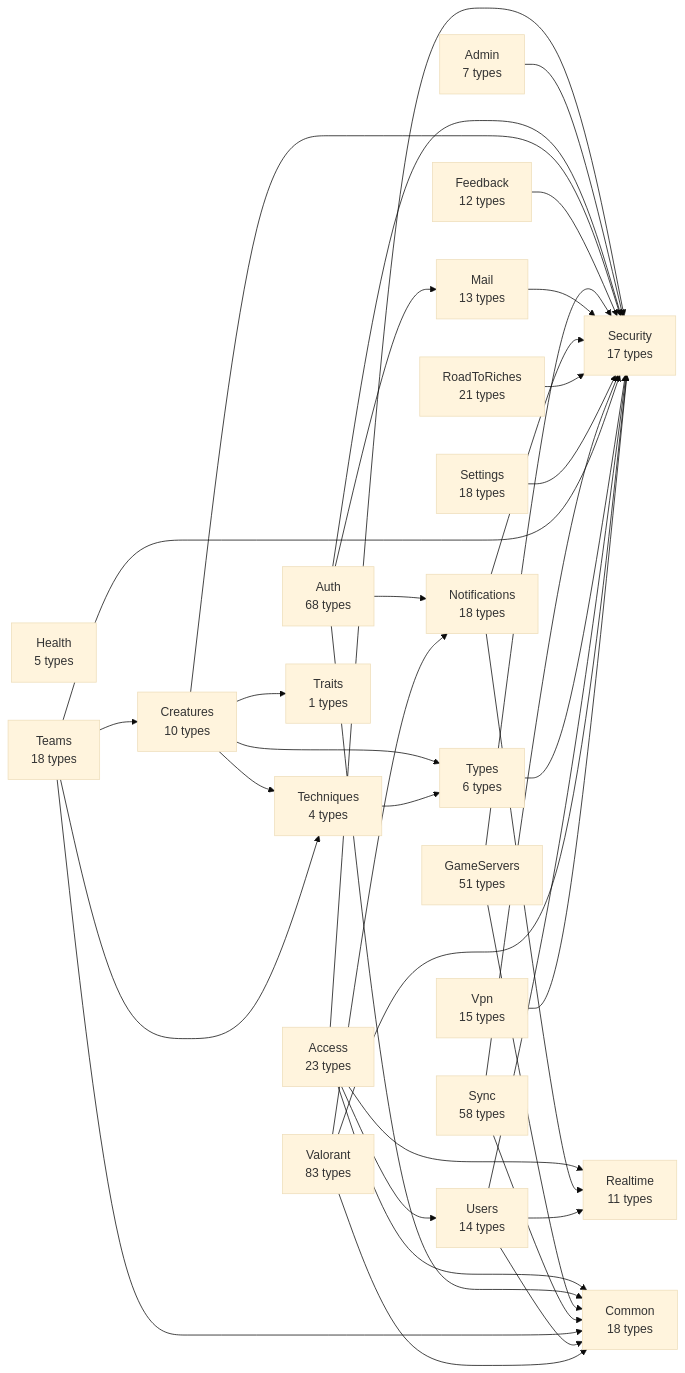
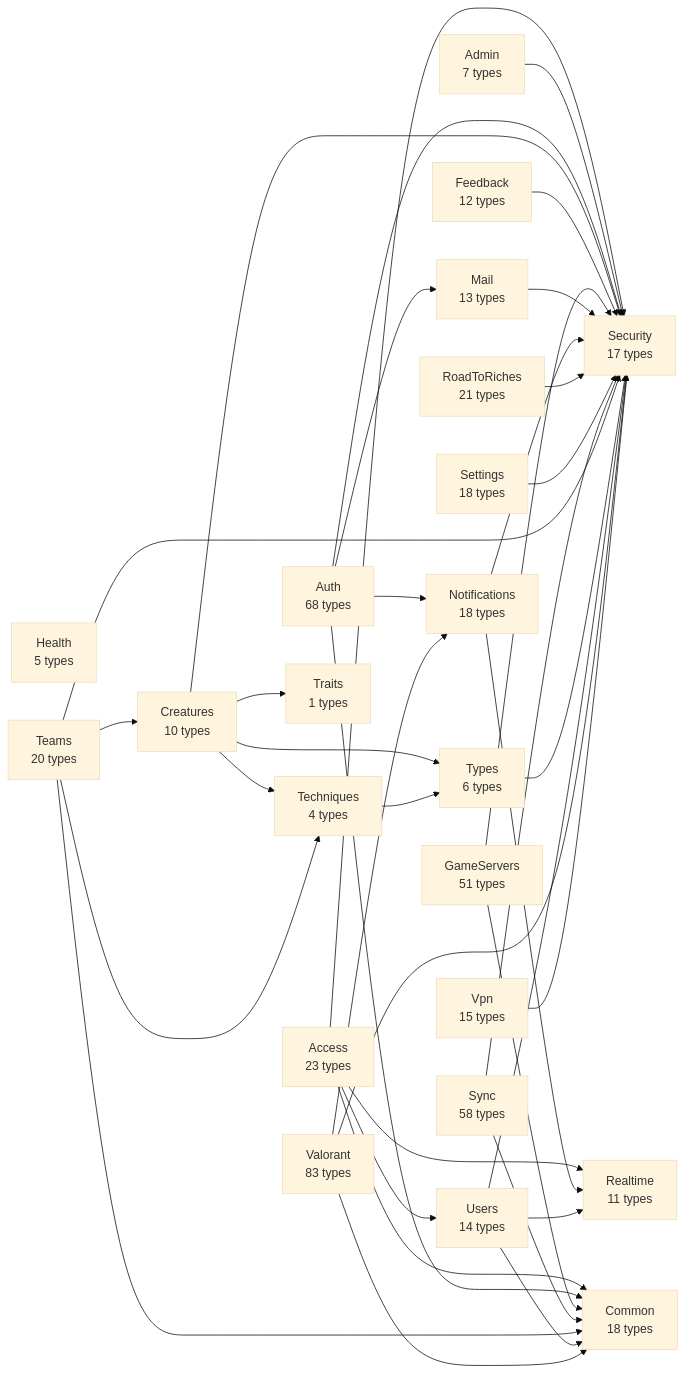
One commit to huiitre/Tools-app changed the diagram in api/docs/diagrams/00-modules.md. Above: the diagram before and after it, drawn with Mermaid (base theme). The commit also changed 21 other files, not shown here.

````diff
--- a/api/docs/diagrams/00-modules.md
+++ b/api/docs/diagrams/00-modules.md
@@ -5,61 +5,61 @@
 ```mermaid
 flowchart LR
   Access["Access<br/>23 types"]
   Admin["Admin<br/>7 types"]
   Auth["Auth<br/>68 types"]
   Common["Common<br/>18 types"]
   Creatures["Creatures<br/>10 types"]
   Feedback["Feedback<br/>12 types"]
   GameServers["GameServers<br/>51 types"]
   Health["Health<br/>5 types"]
   Mail["Mail<br/>13 types"]
   Notifications["Notifications<br/>18 types"]
   Realtime["Realtime<br/>11 types"]
   RoadToRiches["RoadToRiches<br/>21 types"]
   Security["Security<br/>17 types"]
   Settings["Settings<br/>18 types"]
   Sync["Sync<br/>58 types"]
-  Teams["Teams<br/>18 types"]
+  Teams["Teams<br/>20 types"]
   Techniques["Techniques<br/>4 types"]
   Traits["Traits<br/>1 types"]
   Types["Types<br/>6 types"]
   Users["Users<br/>14 types"]
   Valorant["Valorant<br/>83 types"]
   Vpn["Vpn<br/>15 types"]
   Access --> Common
   Access --> Realtime
   Access --> Security
   Access --> Users
   Admin --> Security
   Auth --> Common
   Auth --> Mail
   Auth --> Notifications
   Auth --> Security
   Creatures --> Security
   Creatures --> Techniques
   Creatures --> Traits
   Creatures --> Types
   Feedback --> Security
   GameServers --> Common
   GameServers --> Security
   Mail --> Security
   Notifications --> Realtime
   Notifications --> Security
   RoadToRiches --> Security
   Settings --> Security
   Sync --> Common
   Sync --> Security
   Teams --> Common
   Teams --> Creatures
   Teams --> Security
   Teams --> Techniques
   Techniques --> Types
   Types --> Security
   Users --> Common
   Users --> Realtime
   Users --> Security
   Valorant --> Common
   Valorant --> Notifications
   Valorant --> Security
   Vpn --> Security
 ```
````
